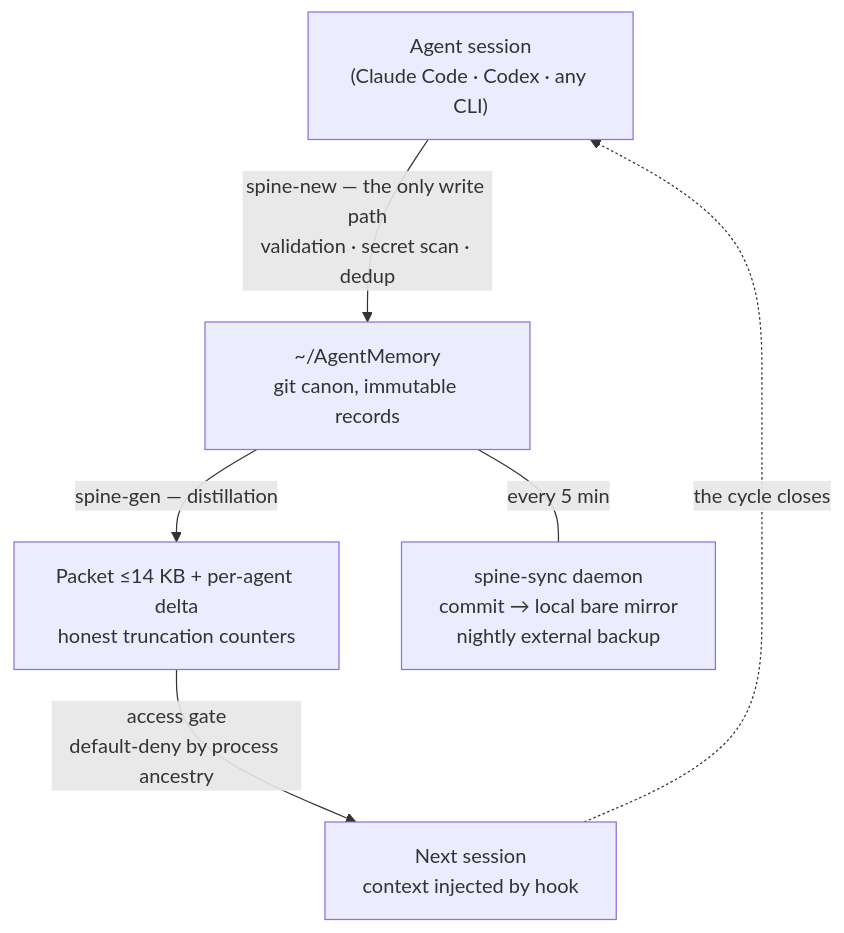
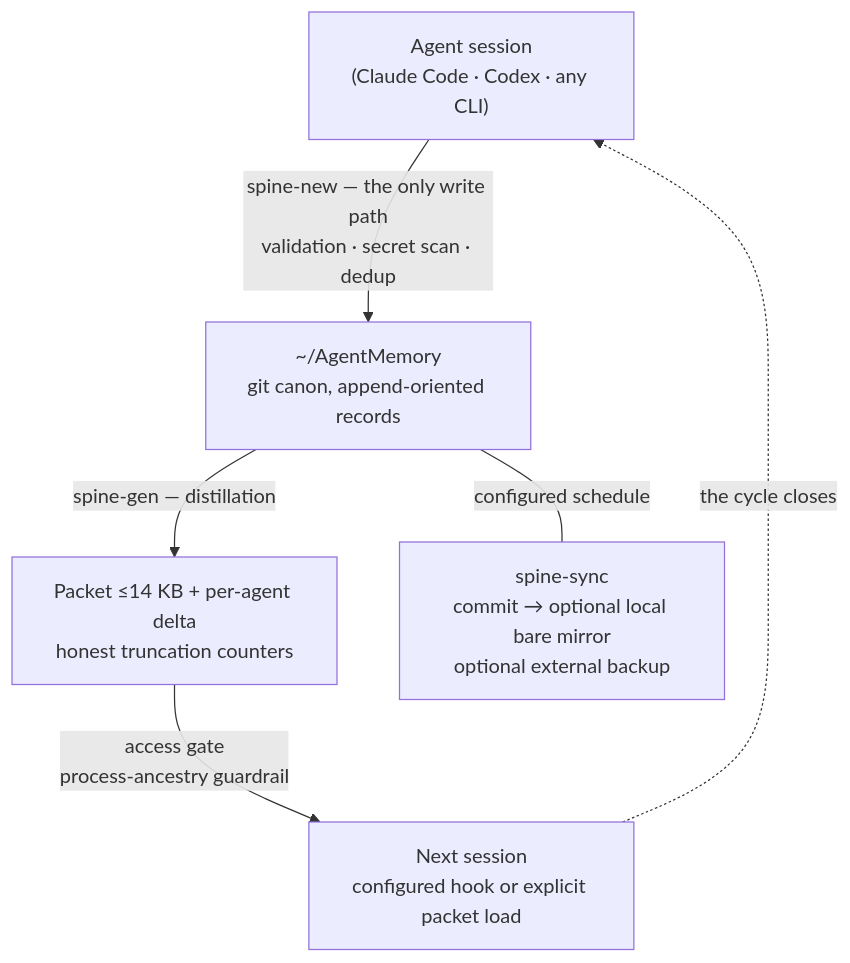
One commit to AlexBridgesman/memory-spine changed the diagram in README.md. Above: the diagram before and after it, drawn with Mermaid. The commit also changed other lines of this file and 66 other files, not shown here.

````diff
--- a/README.md
+++ b/README.md
@@ -27,8 +27,8 @@
 ```mermaid
 flowchart TD
-    A["Agent session<br/>(Claude Code · Codex · any CLI)"] -->|"spine-new — the only write path<br/>validation · secret scan · dedup"| V["~/AgentMemory<br/>git canon, immutable records"]
+    A["Agent session<br/>(Claude Code · Codex · any CLI)"] -->|"spine-new — the only write path<br/>validation · secret scan · dedup"| V["~/AgentMemory<br/>git canon, append-oriented records"]
     V -->|"spine-gen — distillation"| P["Packet ≤14 KB + per-agent delta<br/>honest truncation counters"]
-    P -->|"access gate<br/>default-deny by process ancestry"| S["Next session<br/>context injected by hook"]
+    P -->|"access gate<br/>process-ancestry guardrail"| S["Next session<br/>configured hook or explicit packet load"]
     S -.->|"the cycle closes"| A
-    V ---|"every 5 min"| G["spine-sync daemon<br/>commit → local bare mirror<br/>nightly external backup"]
+    V ---|"configured schedule"| G["spine-sync<br/>commit → optional local bare mirror<br/>optional external backup"]
 ```
````
